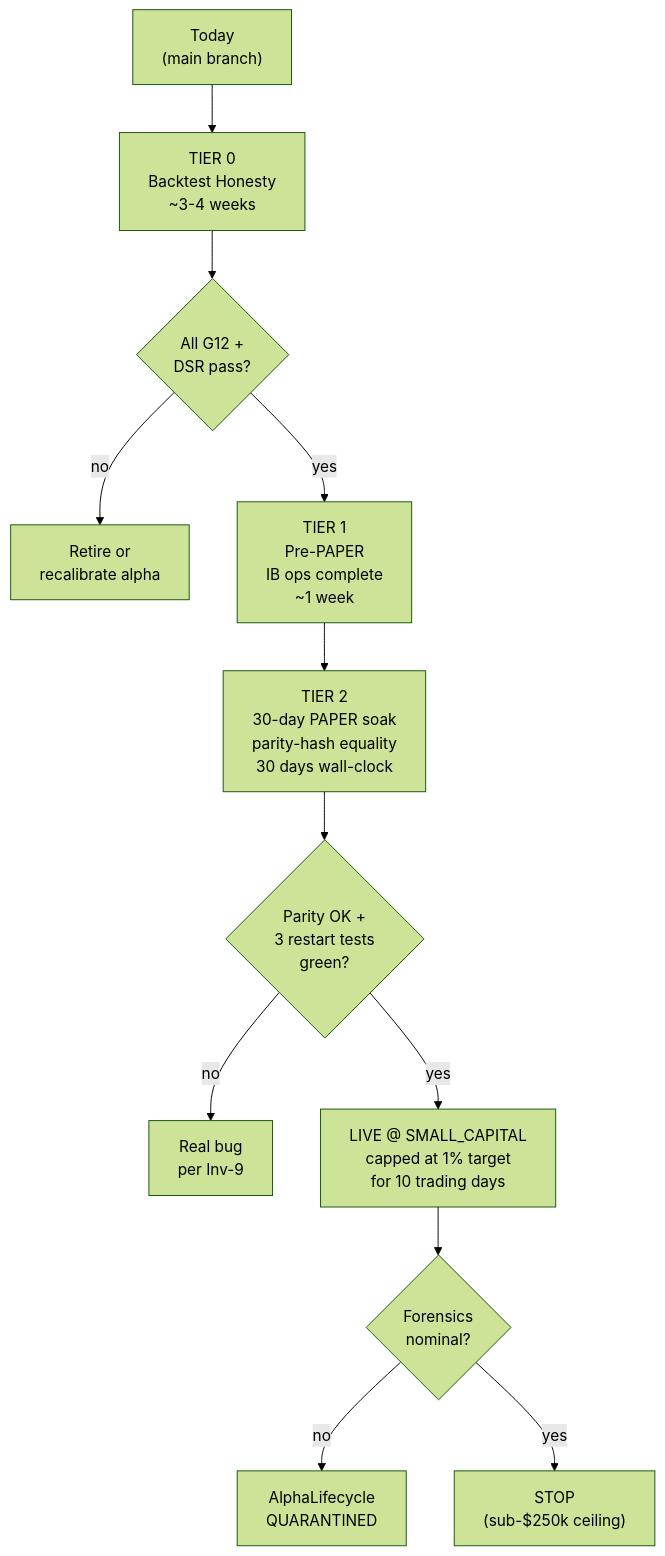
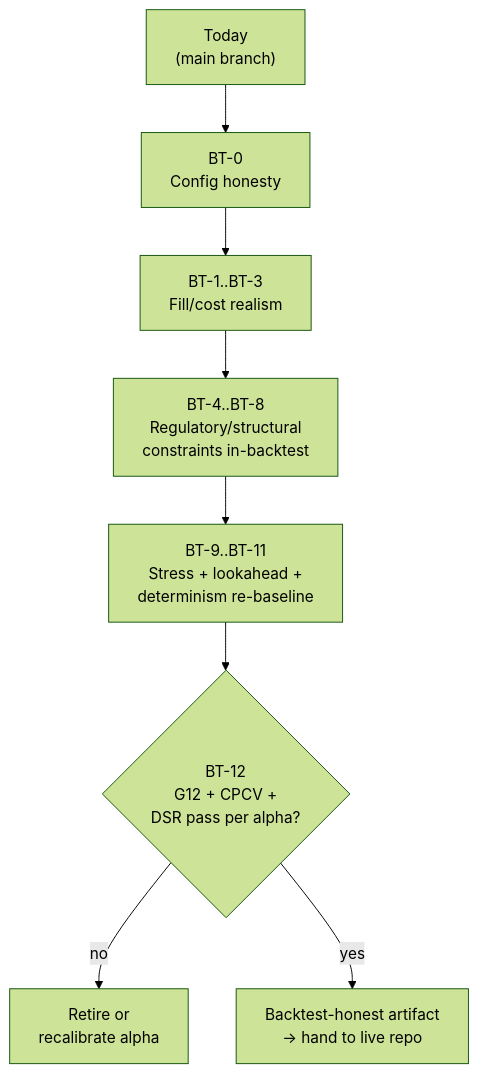
One commit to Leiisawesome/feelies changed the diagram in .cursor/plans/feelies-production-remediation_a5245a78.plan.md. Above: the diagram before and after it, drawn with Mermaid (forest theme). The commit also changed other lines of this file and 4 other files, not shown here.

First line of the commit message:
BT-0: backtest config honesty + cost-gate startup assertion

````diff
--- a/.cursor/plans/feelies-production-remediation_a5245a78.plan.md
+++ b/.cursor/plans/feelies-production-remediation_a5245a78.plan.md
@@ -108,14 +90,11 @@
 ```mermaid
 flowchart TD
-    Now["Today<br/>(main branch)"] --> T0
-    T0["TIER 0<br/>Backtest Honesty<br/>~3-4 weeks"] --> T0Gate{"All G12 +<br/>DSR pass?"}
-    T0Gate -->|"no"| Retire["Retire or<br/>recalibrate alpha"]
-    T0Gate -->|"yes"| T1
-    T1["TIER 1<br/>Pre-PAPER<br/>IB ops complete<br/>~1 week"] --> T2
-    T2["TIER 2<br/>30-day PAPER soak<br/>parity-hash equality<br/>30 days wall-clock"] --> T2Gate{"Parity OK +<br/>3 restart tests<br/>green?"}
-    T2Gate -->|"no"| Debug["Real bug<br/>per Inv-9"]
-    T2Gate -->|"yes"| Live["LIVE @ SMALL_CAPITAL<br/>capped at 1% target<br/>for 10 trading days"]
-    Live --> ScaleGate{"Forensics<br/>nominal?"}
-    ScaleGate -->|"no"| Quarantine["AlphaLifecycle<br/>QUARANTINED"]
-    ScaleGate -->|"yes"| Stop["STOP<br/>(sub-$250k ceiling)"]
+    Now["Today<br/>(main branch)"] --> Cfg
+    Cfg["BT-0<br/>Config honesty"] --> Fill
+    Fill["BT-1..BT-3<br/>Fill/cost realism"] --> Reg
+    Reg["BT-4..BT-8<br/>Regulatory/structural<br/>constraints in-backtest"] --> Stress
+    Stress["BT-9..BT-11<br/>Stress + lookahead +<br/>determinism re-baseline"] --> Gate
+    Gate{"BT-12<br/>G12 + CPCV +<br/>DSR pass per alpha?"}
+    Gate -->|"no"| Retire["Retire or<br/>recalibrate alpha"]
+    Gate -->|"yes"| Handoff["Backtest-honest artifact<br/>-> hand to live repo"]
 ```
````
